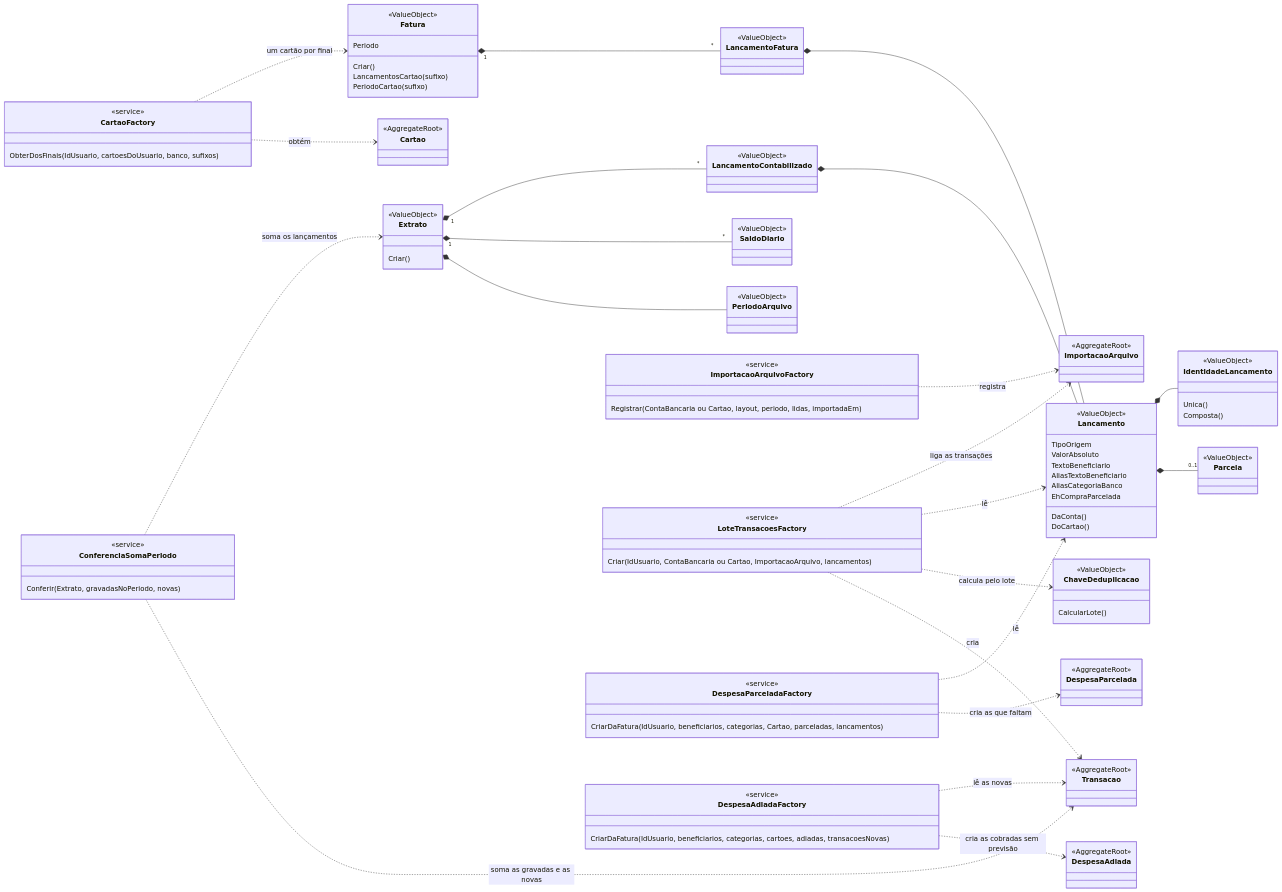
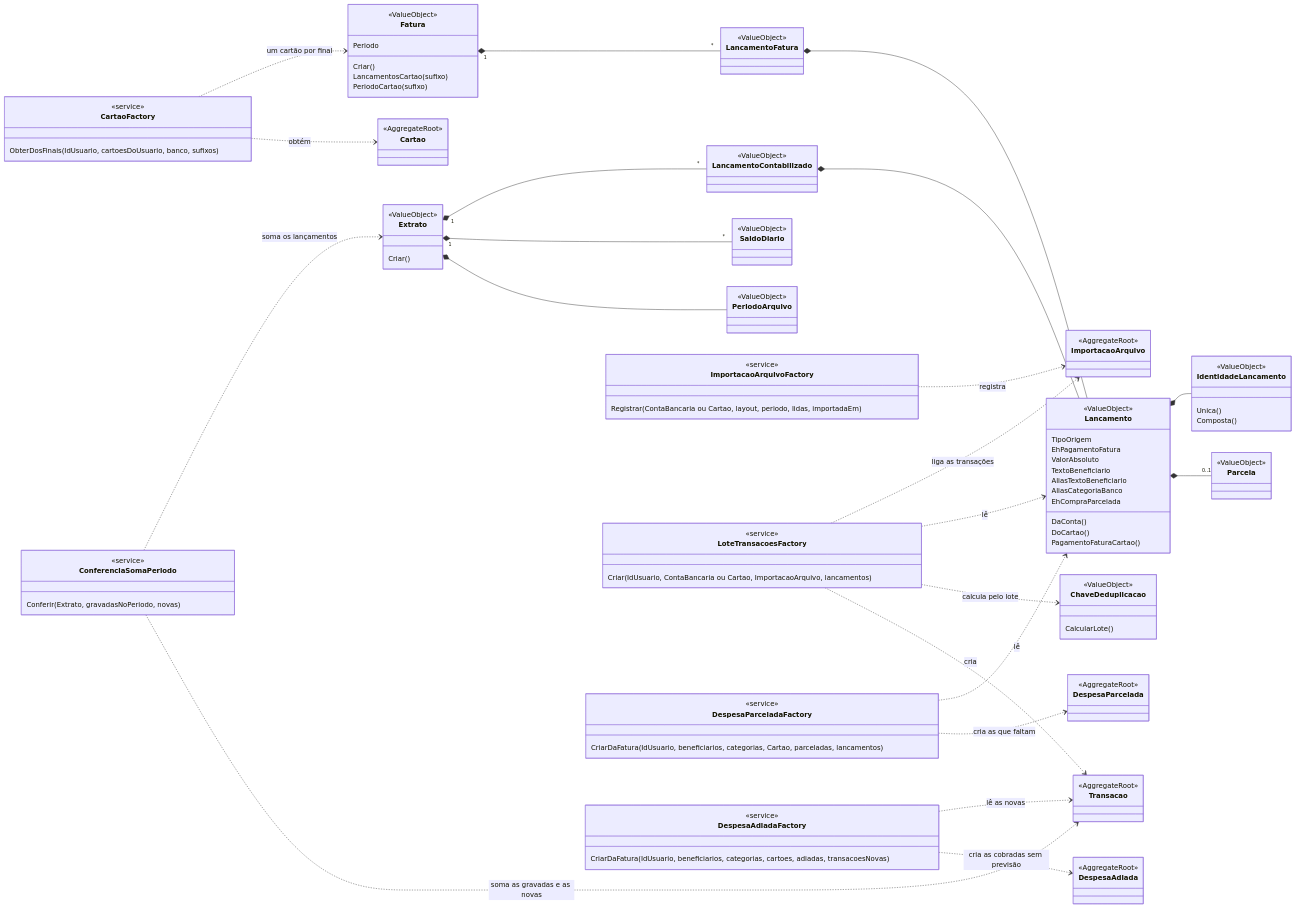
Before and after one commit to humbertosampaio/controle-financeiro: the second of 2 diagrams in docs/modelo-de-dominio.md, drawn with Mermaid. The commit also changed other lines of this file and 6 other files, not shown here.

```diff
--- a/docs/modelo-de-dominio.md
+++ b/docs/modelo-de-dominio.md
@@ -362,7 +363,9 @@
         <<ValueObject>>
         DaConta()
         DoCartao()
+        PagamentoFaturaCartao()
         TipoOrigem
+        EhPagamentoFatura
         ValorAbsoluto
         TextoBeneficiario
         AliasTextoBeneficiario
```
